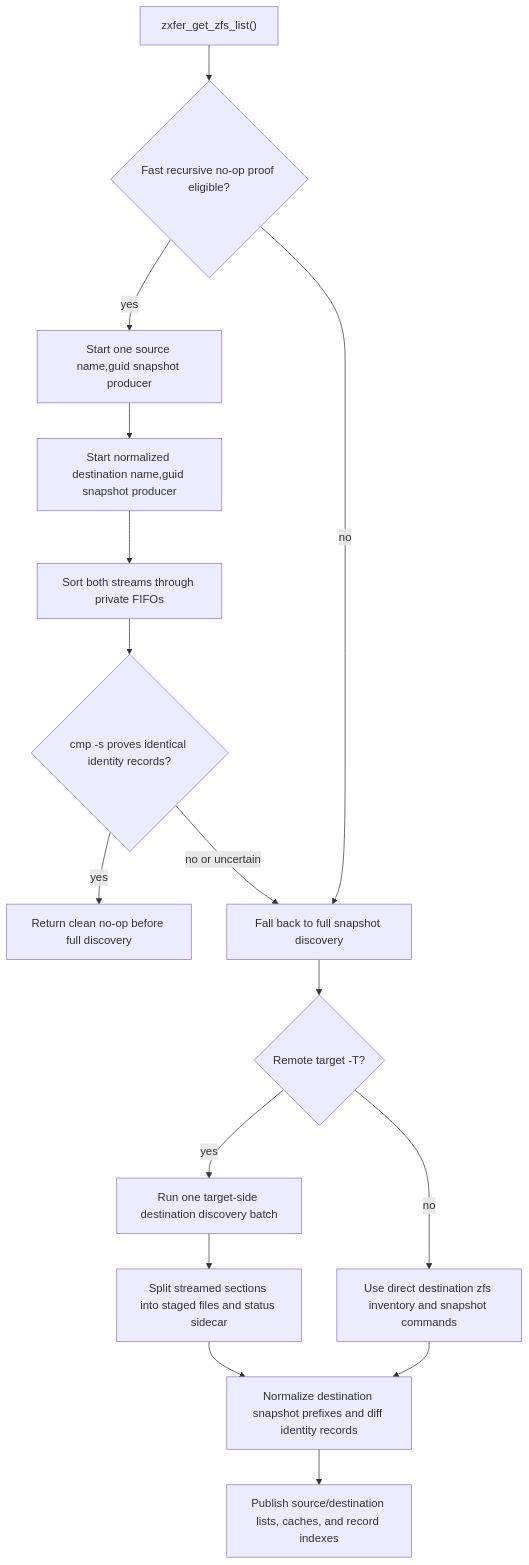
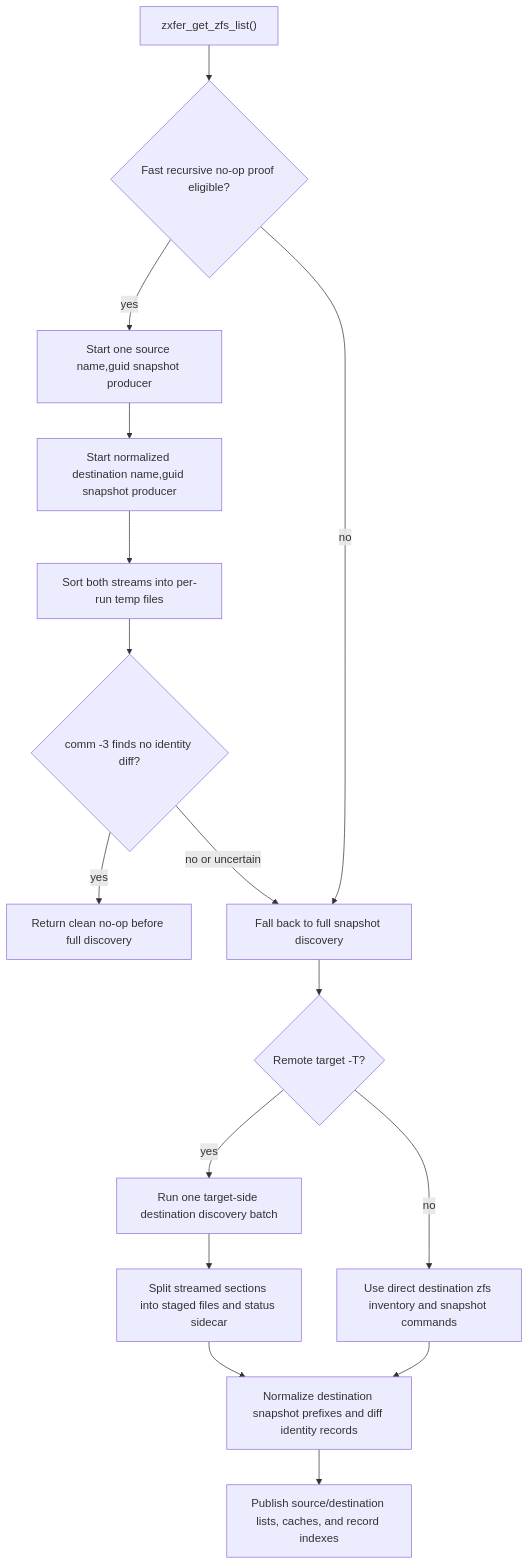
The second of 8 diagrams in docs/architecture.md (totalAldo/zxfer), drawn with Mermaid before and after one commit. The commit also changed other lines of this file and 7 other files, not shown here.

````diff
--- a/docs/architecture.md
+++ b/docs/architecture.md
@@ -278,18 +279,18 @@
 ```mermaid
 flowchart TD
     A["zxfer_get_zfs_list()"] --> B{"Fast recursive no-op proof eligible?"}
     B -- "yes" --> C["Start one source name,guid snapshot producer"]
     C --> D["Start normalized destination name,guid snapshot producer"]
-    D --> E["Sort both streams through private FIFOs"]
-    E --> F{"cmp -s proves identical identity records?"}
+    D --> E["Sort both streams into per-run temp files"]
+    E --> F{"comm -3 finds no identity diff?"}
     F -- "yes" --> G["Return clean no-op before full discovery"]
     F -- "no or uncertain" --> H["Fall back to full snapshot discovery"]
     B -- "no" --> H
     H --> I{"Remote target -T?"}
     I -- "yes" --> J["Run one target-side destination discovery batch"]
     J --> K["Split streamed sections into staged files and status sidecar"]
     I -- "no" --> L["Use direct destination zfs inventory and snapshot commands"]
     K --> M["Normalize destination snapshot prefixes and diff identity records"]
     L --> M
     M --> N["Publish source/destination lists, caches, and record indexes"]
 ```
````
